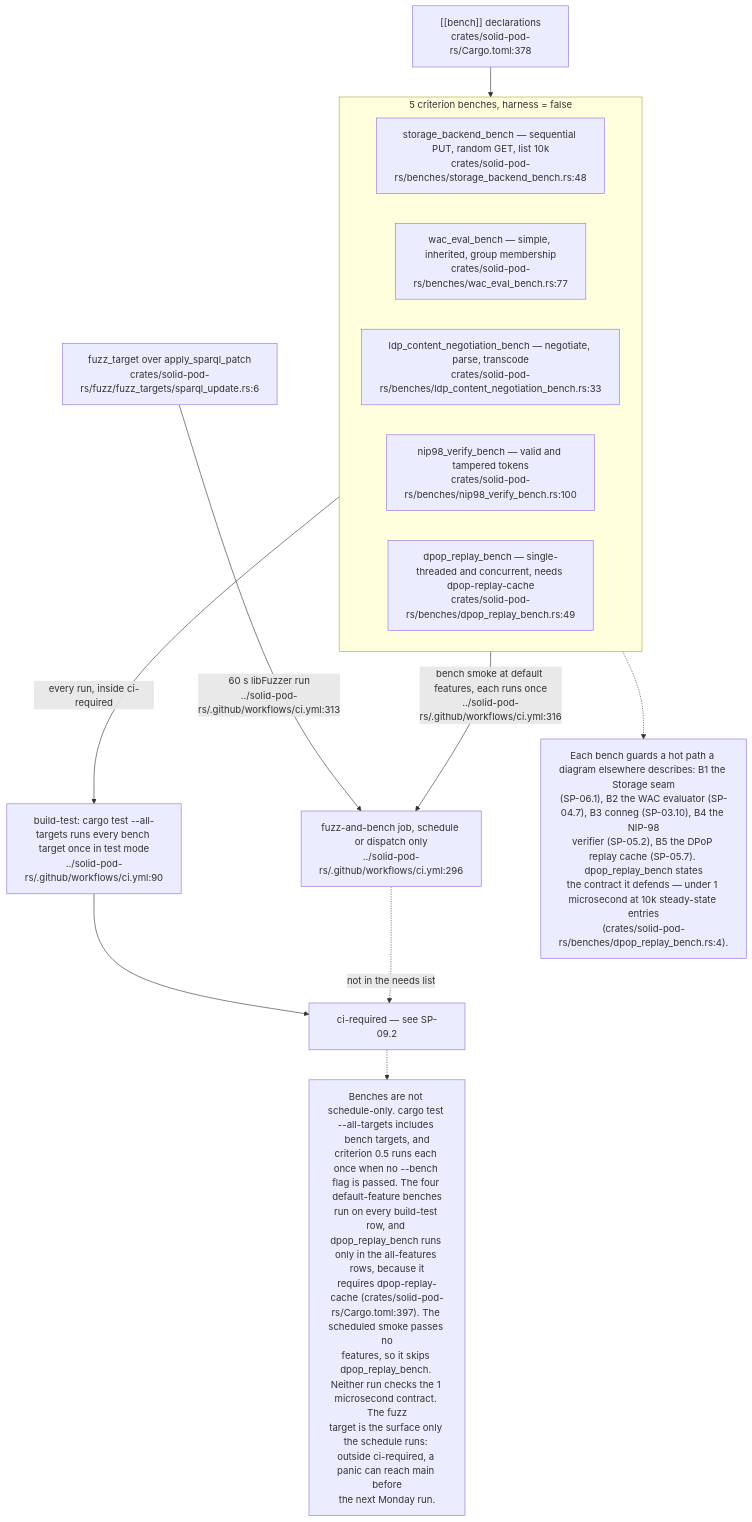
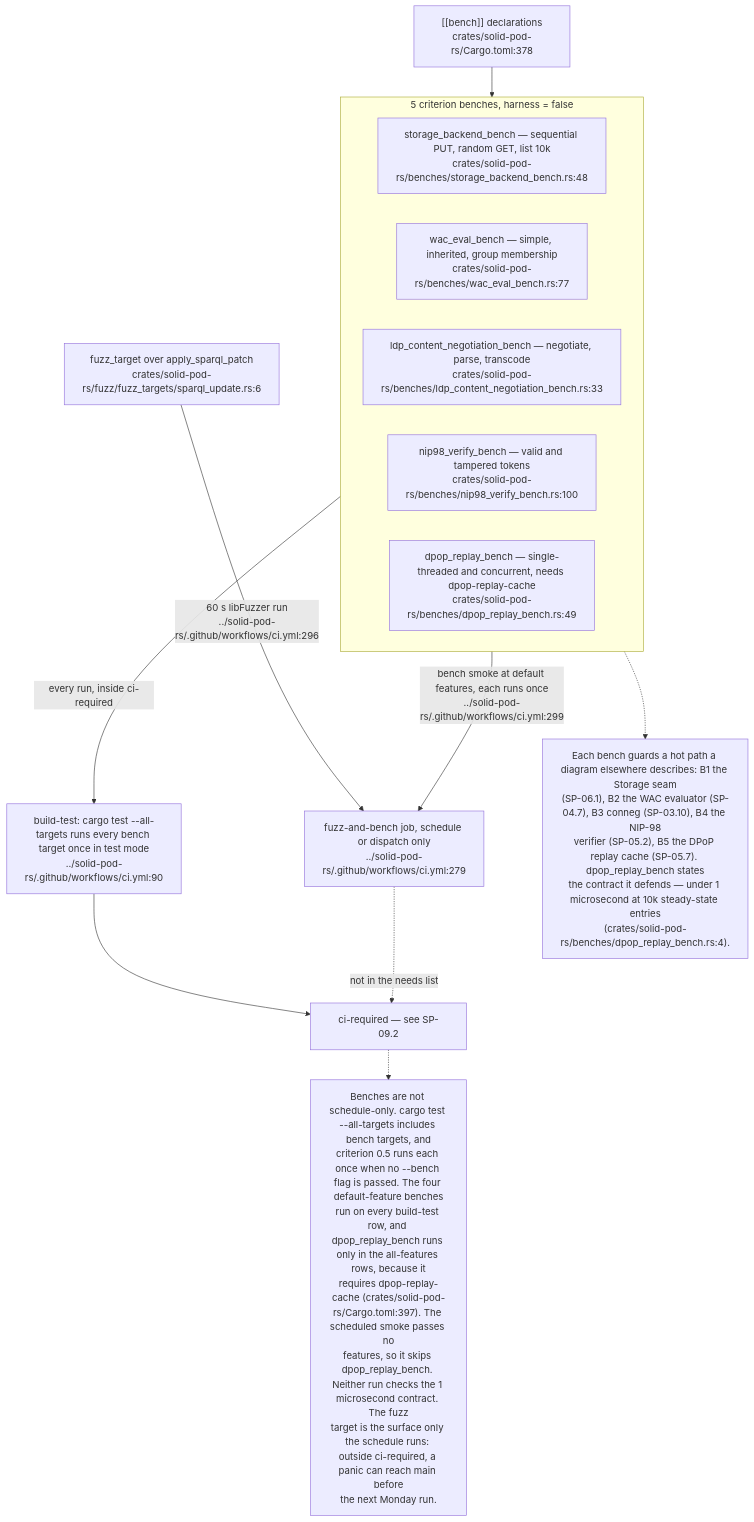
Before and after one commit to DreamLab-AI/VisionFlow: the ninth of 10 diagrams in docs/diagrams/solid-pod-rs/09-ci-release-and-consumer-pins.md, drawn with Mermaid. The commit also changed other lines of this file, not shown here.

First line of the commit message:
diagrams(SP-09): re-verify at solid-pod-rs 52aa126 after PR #18

````diff
--- a/docs/diagrams/solid-pod-rs/09-ci-release-and-consumer-pins.md
+++ b/docs/diagrams/solid-pod-rs/09-ci-release-and-consumer-pins.md
@@ -330,27 +326,27 @@
 ```mermaid
 flowchart TD
     subgraph BENCH["5 criterion benches, harness = false"]
         B1["storage_backend_bench — sequential PUT, random GET, list 10k<br/>crates/solid-pod-rs/benches/storage_backend_bench.rs:48"]
         B2["wac_eval_bench — simple, inherited, group membership<br/>crates/solid-pod-rs/benches/wac_eval_bench.rs:77"]
         B3["ldp_content_negotiation_bench — negotiate, parse, transcode<br/>crates/solid-pod-rs/benches/ldp_content_negotiation_bench.rs:33"]
         B4["nip98_verify_bench — valid and tampered tokens<br/>crates/solid-pod-rs/benches/nip98_verify_bench.rs:100"]
         B5["dpop_replay_bench — single-threaded and concurrent, needs dpop-replay-cache<br/>crates/solid-pod-rs/benches/dpop_replay_bench.rs:49"]
     end
     DECL["[[bench]] declarations<br/>crates/solid-pod-rs/Cargo.toml:378"]
     PR["build-test: cargo test --all-targets runs every bench target once in test mode<br/>../solid-pod-rs/.github/workflows/ci.yml:90"]
     FUZZ["fuzz_target over apply_sparql_patch<br/>crates/solid-pod-rs/fuzz/fuzz_targets/sparql_update.rs:6"]
     CI["ci-required — see SP-09.2"]
-    SCH["fuzz-and-bench job, schedule or dispatch only<br/>../solid-pod-rs/.github/workflows/ci.yml:296"]
+    SCH["fuzz-and-bench job, schedule or dispatch only<br/>../solid-pod-rs/.github/workflows/ci.yml:279"]
 
     DECL --> BENCH
     BENCH -- "every run, inside ci-required" --> PR
     PR --> CI
-    BENCH -- "bench smoke at default features, each runs once<br/>../solid-pod-rs/.github/workflows/ci.yml:316" --> SCH
-    FUZZ -- "60 s libFuzzer run<br/>../solid-pod-rs/.github/workflows/ci.yml:313" --> SCH
+    BENCH -- "bench smoke at default features, each runs once<br/>../solid-pod-rs/.github/workflows/ci.yml:299" --> SCH
+    FUZZ -- "60 s libFuzzer run<br/>../solid-pod-rs/.github/workflows/ci.yml:296" --> SCH
     SCH -. "not in the needs list" .-> CI
 
     N["Each bench guards a hot path a diagram elsewhere describes: B1 the Storage seam<br/>(SP-06.1), B2 the WAC evaluator (SP-04.7), B3 conneg (SP-03.10), B4 the NIP-98<br/>verifier (SP-05.2), B5 the DPoP replay cache (SP-05.7). dpop_replay_bench states<br/>the contract it defends — under 1 microsecond at 10k steady-state entries<br/>(crates/solid-pod-rs/benches/dpop_replay_bench.rs:4)."]
     BENCH -.-> N
     N2["Benches are not schedule-only. cargo test --all-targets includes bench targets, and<br/>criterion 0.5 runs each once when no --bench flag is passed. The four default-feature benches<br/>run on every build-test row, and dpop_replay_bench runs only in the all-features rows, because it<br/>requires dpop-replay-cache (crates/solid-pod-rs/Cargo.toml:397). The scheduled smoke passes no<br/>features, so it skips dpop_replay_bench. Neither run checks the 1 microsecond contract. The fuzz<br/>target is the surface only the schedule runs: outside ci-required, a panic can reach main before<br/>the next Monday run."]
     CI -.-> N2
 ```
````
